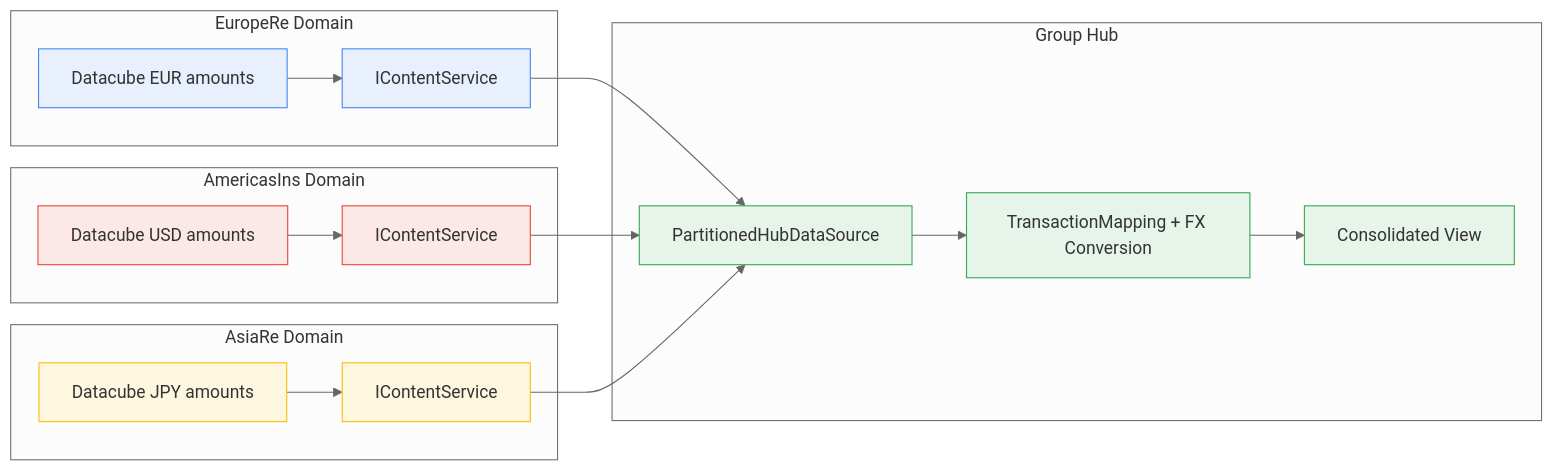
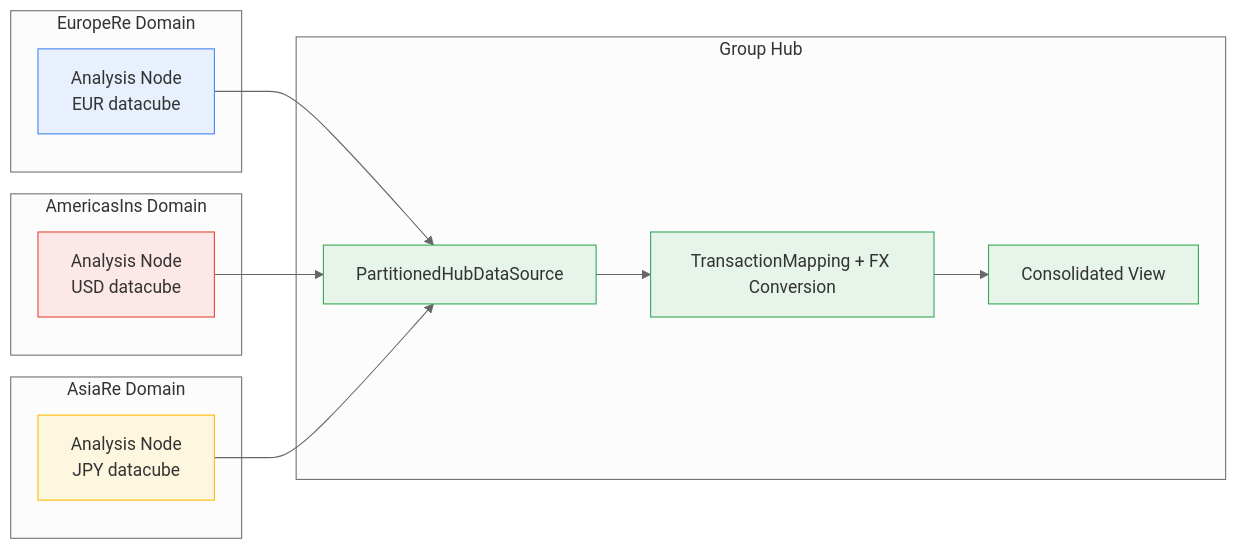
Before and after one commit to Systemorph/MeshWeaver: the first of 3 diagrams in samples/Graph/Data/FutuRe/DataDistribution.md, drawn with Mermaid (neutral theme). The commit also changed other lines of this file and 44 other files, not shown here.

````diff
--- a/samples/Graph/Data/FutuRe/DataDistribution.md
+++ b/samples/Graph/Data/FutuRe/DataDistribution.md
@@ -19,41 +19,34 @@
 ```mermaid
 graph LR
     subgraph EuropeRe Domain
-        EU_CSV[Datacube EUR amounts]
-        EU_SVC[IContentService]
+        EU_NODE[Analysis Node<br/>EUR datacube]
     end
 
     subgraph AmericasIns Domain
-        AM_CSV[Datacube USD amounts]
-        AM_SVC[IContentService]
+        AM_NODE[Analysis Node<br/>USD datacube]
     end
 
     subgraph AsiaRe Domain
-        AS_CSV[Datacube JPY amounts]
-        AS_SVC[IContentService]
+        AS_NODE[Analysis Node<br/>JPY datacube]
     end
-
-    EU_CSV --> EU_SVC
-    AM_CSV --> AM_SVC
-    AS_CSV --> AS_SVC
 
     subgraph Group Hub
         PART[PartitionedHubDataSource]
         MAP[TransactionMapping + FX Conversion]
         AGG[Consolidated View]
     end
 
-    EU_SVC --> PART
-    AM_SVC --> PART
-    AS_SVC --> PART
+    EU_NODE --> PART
+    AM_NODE --> PART
+    AS_NODE --> PART
     PART --> MAP --> AGG
 
     classDef eu fill:#e8f0fe,stroke:#4285f4,color:#333
     classDef am fill:#fce8e6,stroke:#ea4335,color:#333
     classDef asia fill:#fef7e0,stroke:#fbbc04,color:#333
     classDef hub fill:#e6f4ea,stroke:#34a853,color:#333
-    class EU_CSV,EU_SVC eu
-    class AM_CSV,AM_SVC am
-    class AS_CSV,AS_SVC asia
+    class EU_NODE eu
+    class AM_NODE am
+    class AS_NODE asia
     class PART,MAP,AGG hub
 ```
````
